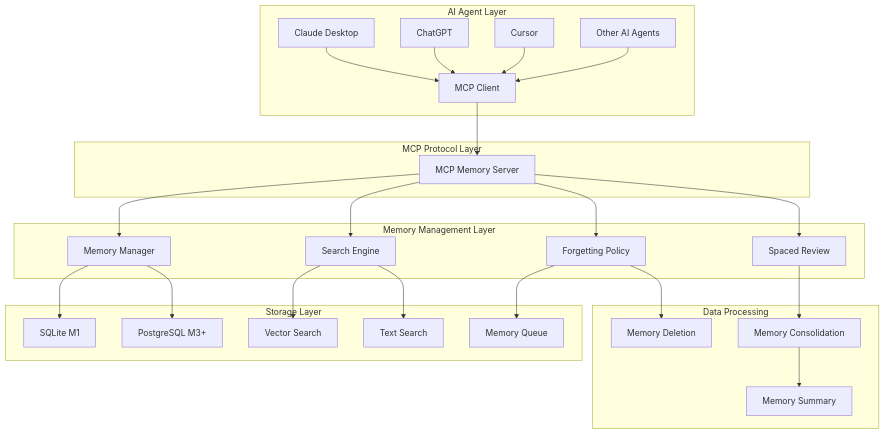
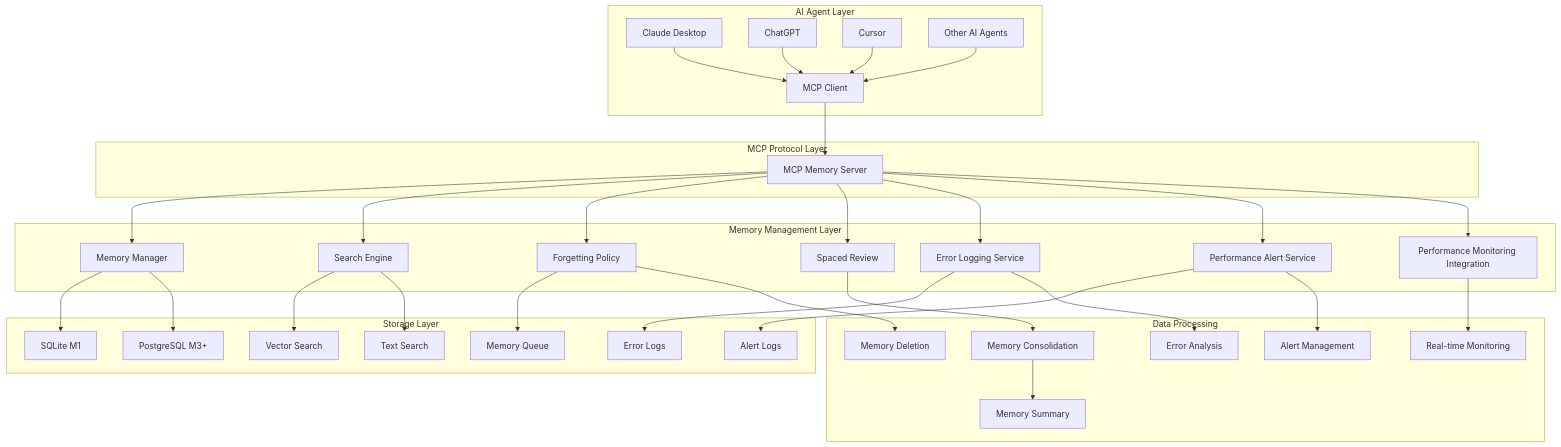
Before and after one commit to jee1/memento: the first of 8 diagrams in docs/architecture.md, drawn with Mermaid. The commit also changed other lines of this file and 15 other files, not shown here.

````diff
--- a/docs/architecture.md
+++ b/docs/architecture.md
@@ -22,34 +22,42 @@
 ```mermaid
 graph TB
     subgraph "AI Agent Layer"
         A[Claude Desktop] --> B[MCP Client]
         C[ChatGPT] --> B
         D[Cursor] --> B
         E[Other AI Agents] --> B
     end
     
     subgraph "MCP Protocol Layer"
         B --> F[MCP Memory Server]
     end
     
     subgraph "Memory Management Layer"
         F --> G[Memory Manager]
         F --> H[Search Engine]
         F --> I[Forgetting Policy]
         F --> J[Spaced Review]
+        F --> K[Error Logging Service]
+        F --> L[Performance Alert Service]
+        F --> M[Performance Monitoring Integration]
     end
     
     subgraph "Storage Layer"
-        G --> K[SQLite M1]
-        G --> L[PostgreSQL M3+]
-        H --> M[Vector Search]
-        H --> N[Text Search]
-        I --> O[Memory Queue]
+        G --> N[SQLite M1]
+        G --> O[PostgreSQL M3+]
+        H --> P[Vector Search]
+        H --> Q[Text Search]
+        I --> R[Memory Queue]
+        K --> S[Error Logs]
+        L --> T[Alert Logs]
     end
     
     subgraph "Data Processing"
-        J --> P[Memory Consolidation]
-        I --> Q[Memory Deletion]
-        P --> R[Memory Summary]
+        J --> U[Memory Consolidation]
+        I --> V[Memory Deletion]
+        U --> W[Memory Summary]
+        M --> X[Real-time Monitoring]
+        K --> Y[Error Analysis]
+        L --> Z[Alert Management]
     end
 ```
````
